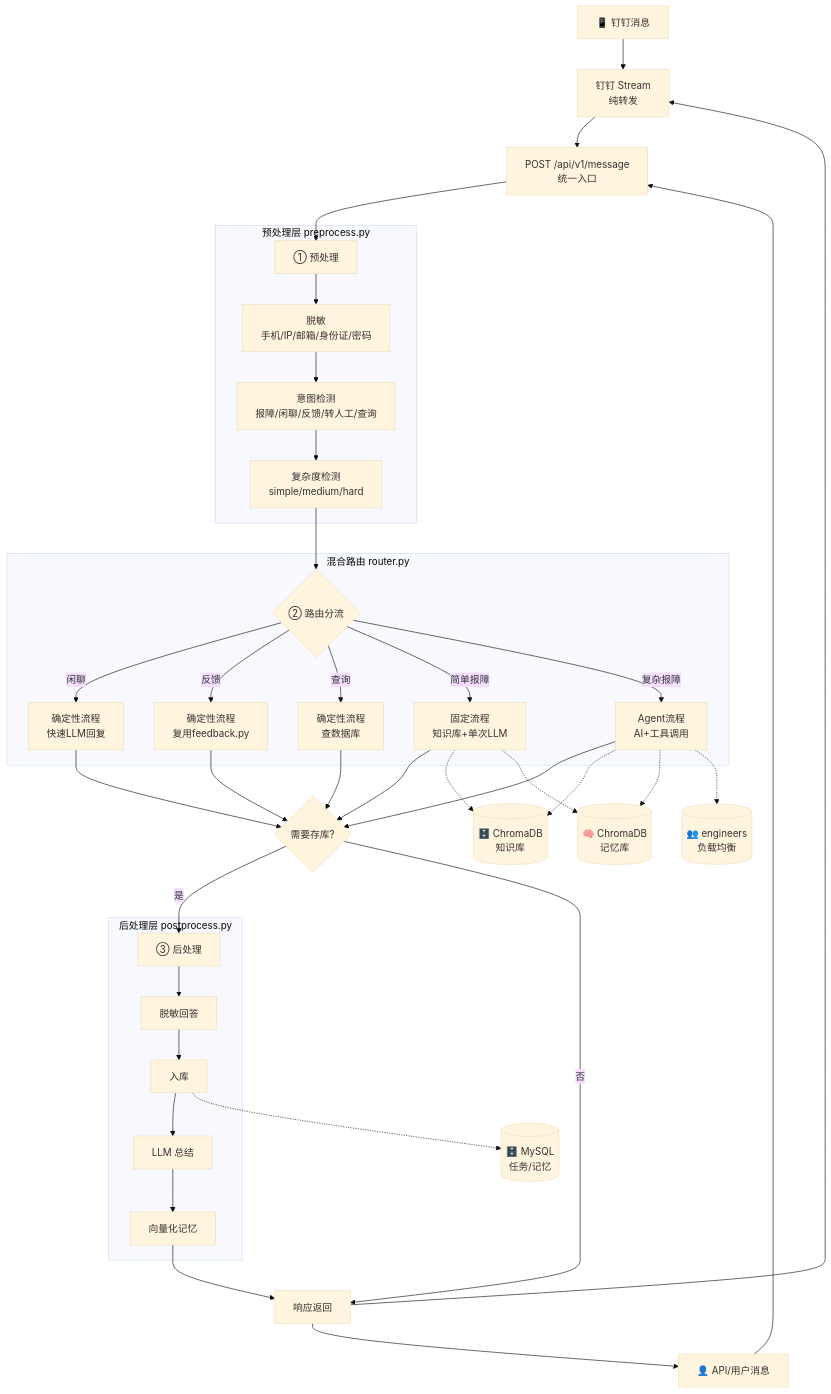
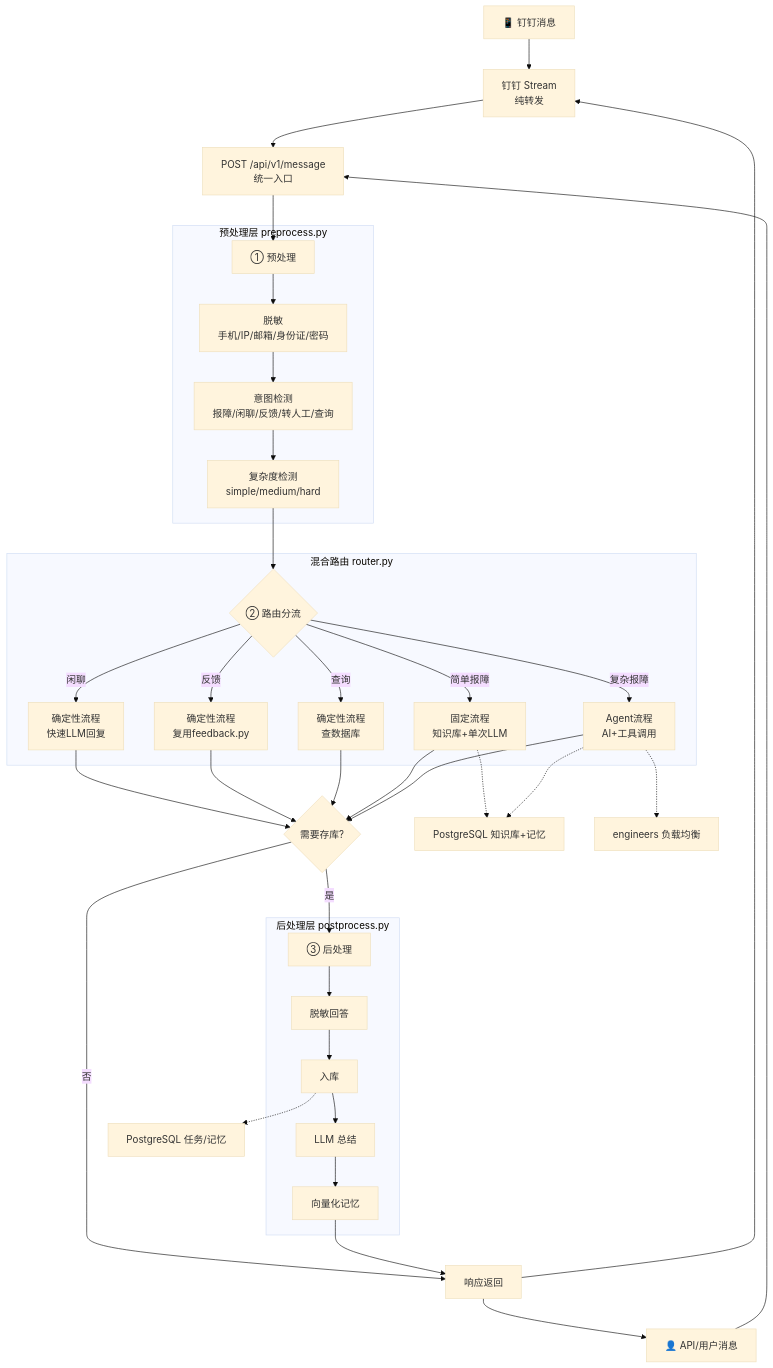
Before and after one commit to shouch111/dingdingbased-opsmate: the diagram in README.md, drawn with Mermaid (base theme). The commit also changed other lines of this file and 2 other files, not shown here.

First line of the commit message:
docs: 更新文档为 v2.2 PostgreSQL+pgvector，移除所有 ChromaDB/MySQL 引用

````diff
--- a/README.md
+++ b/README.md
@@ -112,16 +112,12 @@
 
 
 
-    SIMPLE -.-> KB[("🗄️ ChromaDB\n知识库")]
+    SIMPLE -.-> KB["PostgreSQL 知识库+记忆"]
 
     AGENT -.-> KB
 
-    AGENT -.-> MEM[("🧠 ChromaDB\n记忆库")]
+    AGENT -.-> ENG["engineers 负载均衡"]
 
-    SIMPLE -.-> MEM
-
-    AGENT -.-> ENG[("👥 engineers\n负载均衡")]
-
-    STORE -.-> DB[("🗄️ MySQL\n任务/记忆")]
+    STORE -.-> DB["PostgreSQL 任务/记忆"]
 
 ```
````
